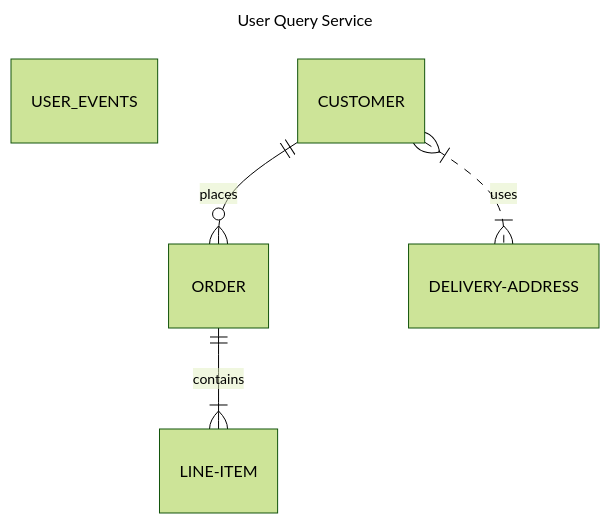
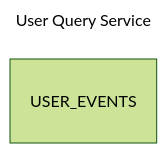
The first of 2 diagrams in docs/architecture/logical-view.md (ERSMS-24L/ERSMS-24L), drawn with Mermaid (forest theme) before and after one commit.

Commit message:
[docs] Remove leftover example logical view

````diff
--- a/docs/architecture/logical-view.md
+++ b/docs/architecture/logical-view.md
@@ -19,12 +19,7 @@
 ```mermaid
 ---
 title: User Query Service
 ---
 erDiagram
     USER_EVENTS
-    
-    
-    CUSTOMER ||--o{ ORDER : places
-    ORDER ||--|{ LINE-ITEM : contains
-    CUSTOMER }|..|{ DELIVERY-ADDRESS : uses
 ```
````
